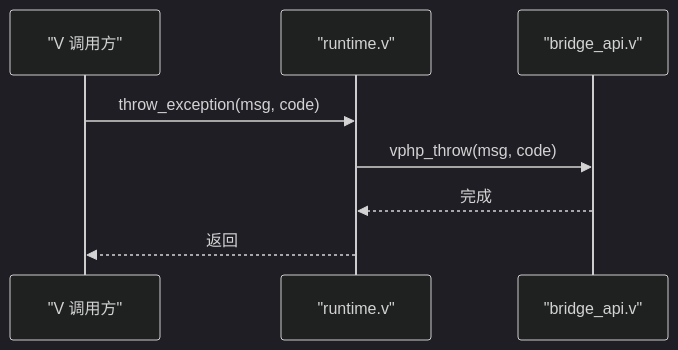
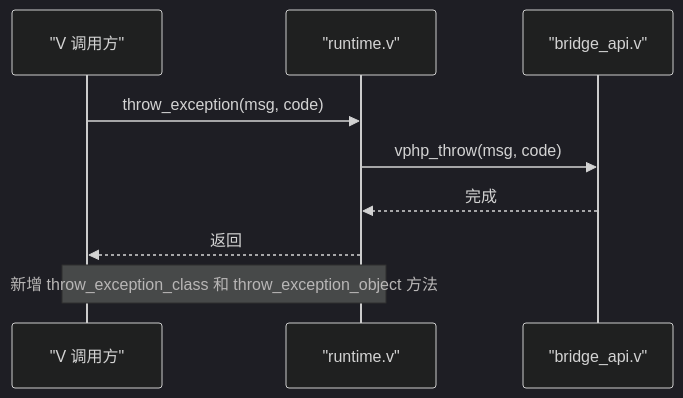
The eighth of 9 diagrams in .qoder/repowiki/zh/content/Zend API 封装层.md (guweigang/vphpx), drawn with Mermaid (dark theme) before and after one commit. The commit also changed other lines of this file and 13 other files, not shown here.

````diff
--- a/.qoder/repowiki/zh/content/Zend API 封装层.md
+++ b/.qoder/repowiki/zh/content/Zend API 封装层.md
@@ -390,10 +418,11 @@
 ```mermaid
 sequenceDiagram
 participant V as "V 调用方"
 participant RT as "runtime.v"
 participant Bridge as "bridge_api.v"
 V->>RT : throw_exception(msg, code)
 RT->>Bridge : vphp_throw(msg, code)
 Bridge-->>RT : 完成
 RT-->>V : 返回
+Note over V,RT : 新增 throw_exception_class 和 throw_exception_object 方法
 ```
````
